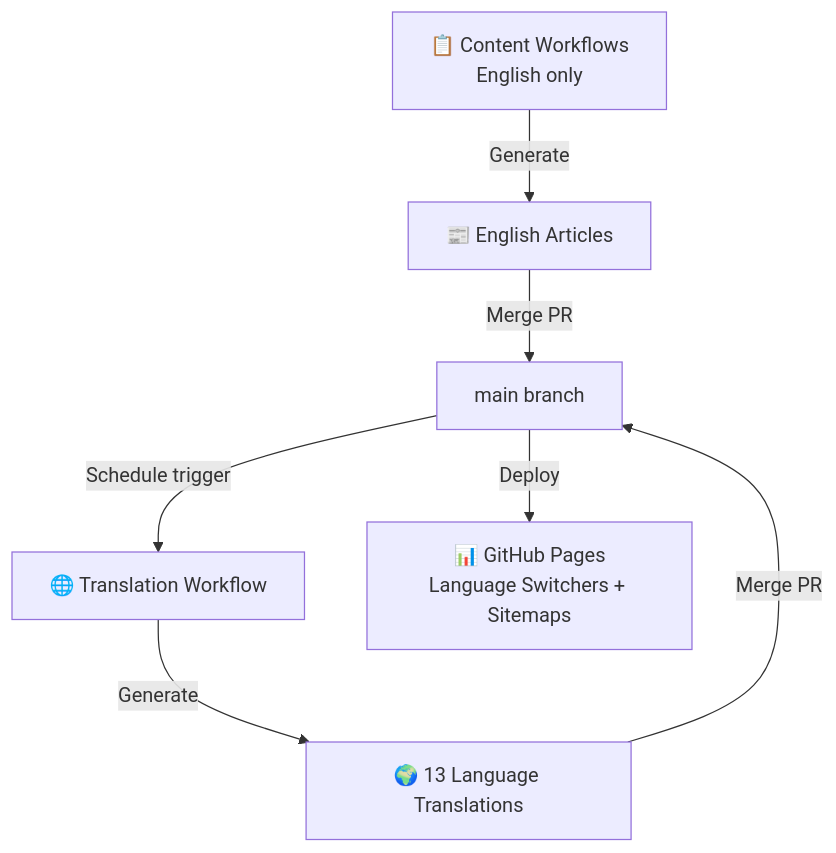
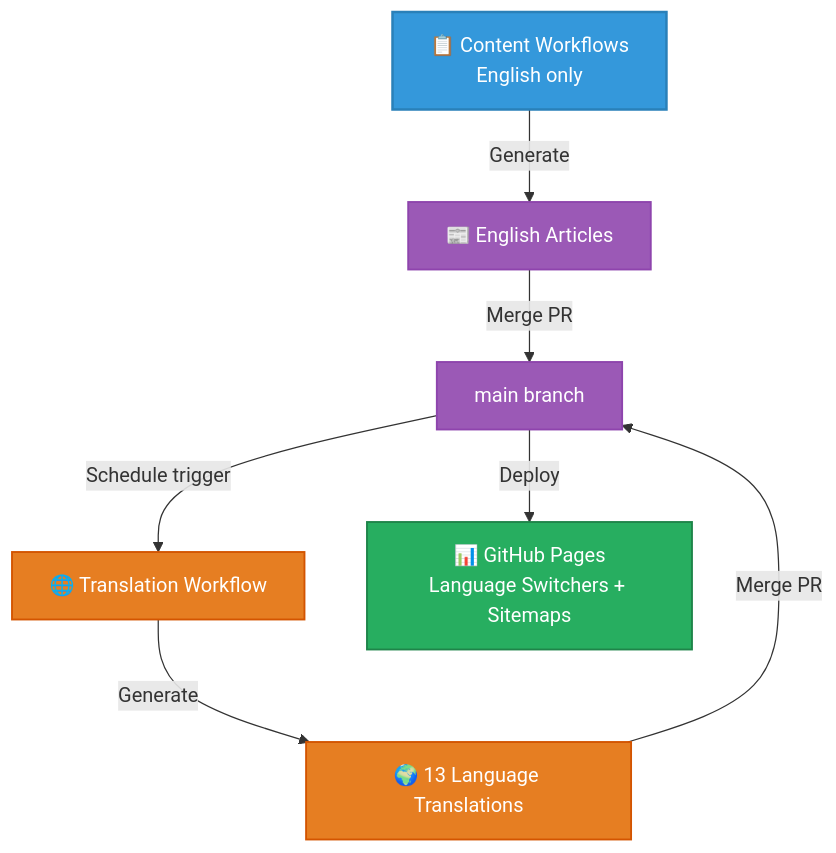
The second of 14 diagrams in WORKFLOWS.md (Hack23/euparliamentmonitor), drawn with Mermaid before and after one commit. The commit also changed other lines of this file, not shown here.

First line of the commit message:
Add ISMS-compliant color-coded Mermaid diagrams and badges to WORKFLOWS.md

````diff
--- a/WORKFLOWS.md
+++ b/WORKFLOWS.md
@@ -200,9 +262,19 @@
 ```mermaid
 graph TD
     A[📋 Content Workflows<br/>English only] -->|Generate| B[📰 English Articles]
     B -->|Merge PR| C[main branch]
     C -->|Schedule trigger| D[🌐 Translation Workflow]
     D -->|Generate| E[🌍 13 Language Translations]
     E -->|Merge PR| C
     C -->|Deploy| F[📊 GitHub Pages<br/>Language Switchers + Sitemaps]
+
+    classDef trigger fill:#3498db,stroke:#2980b9,stroke-width:2px,color:white
+    classDef process fill:#9b59b6,stroke:#8e44ad,stroke-width:1.5px,color:white
+    classDef deploy fill:#27ae60,stroke:#1e8449,stroke-width:1.5px,color:white
+    classDef translation fill:#e67e22,stroke:#d35400,stroke-width:1.5px,color:white
+
+    class A trigger
+    class B,C process
+    class D,E translation
+    class F deploy
 ```
````
